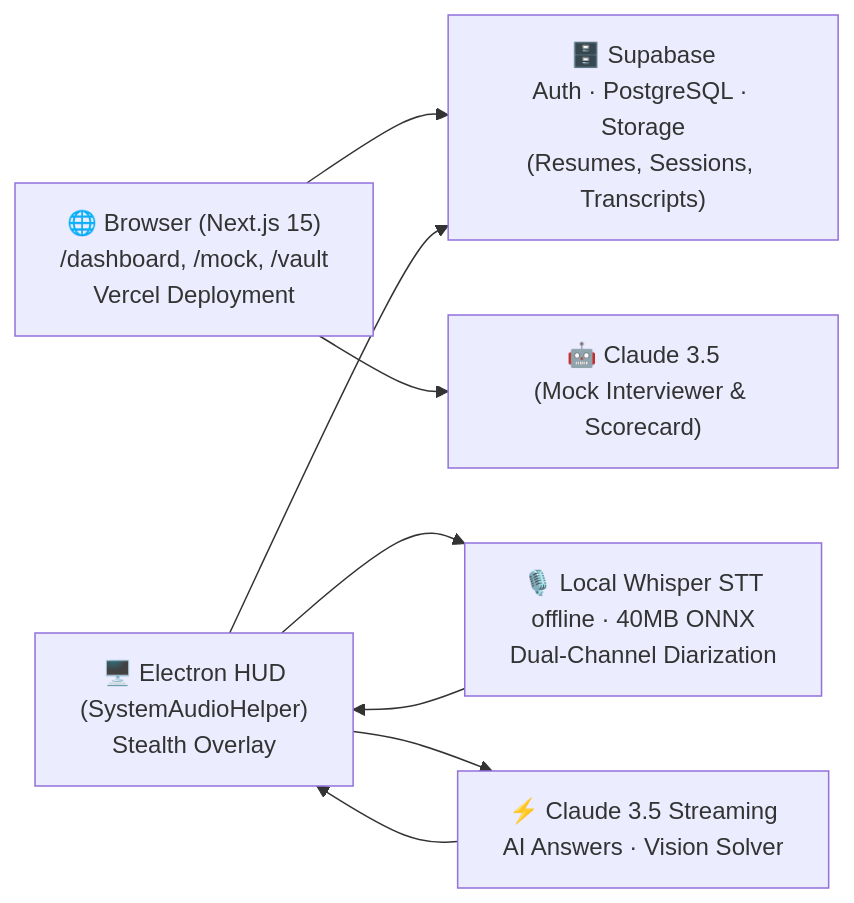
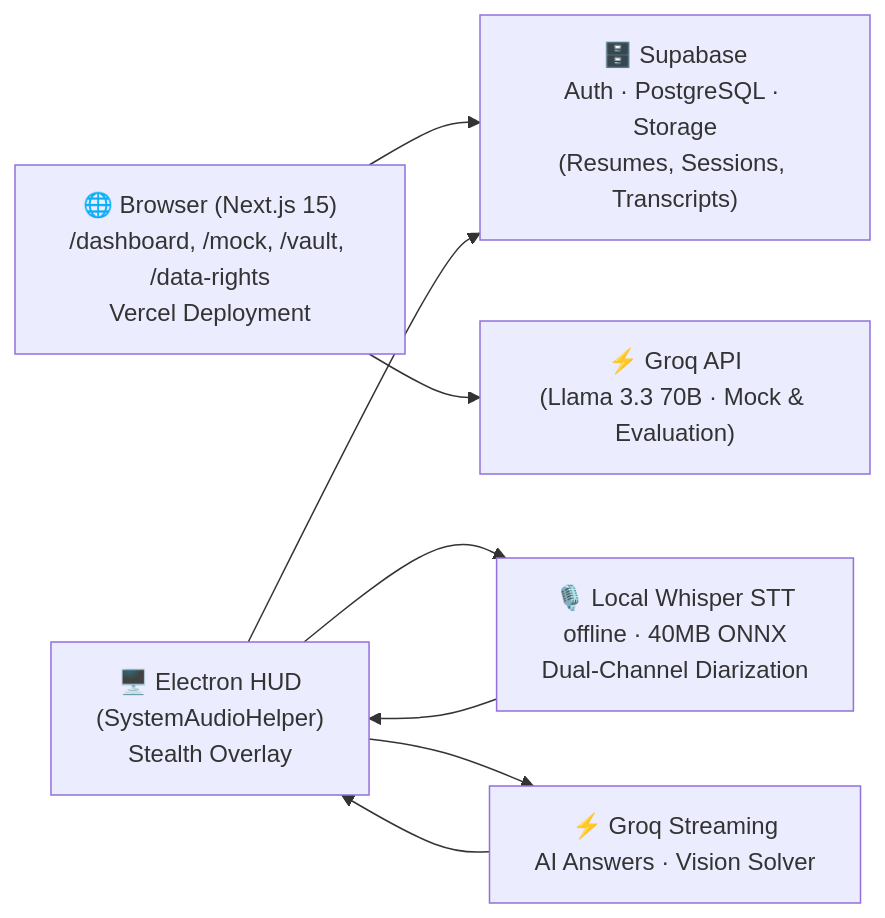
One commit to Saksham842/helper changed the diagram in README.md. Above: the diagram before and after it, drawn with Mermaid. The commit also changed other lines of this file and 25 other files, not shown here.

````diff
--- a/README.md
+++ b/README.md
@@ -15,12 +17,12 @@
 ```mermaid
 graph LR
-  Browser["🌐 Browser (Next.js 15)\n/dashboard, /mock, /vault\nVercel Deployment"] --> Supabase["🗄️ Supabase\nAuth · PostgreSQL · Storage\n(Resumes, Sessions, Transcripts)"]
-  Browser --> ClaudeWeb["🤖 Claude 3.5\n(Mock Interviewer & Scorecard)"]
+  Browser["🌐 Browser (Next.js 15)\n/dashboard, /mock, /vault, /data-rights\nVercel Deployment"] --> Supabase["🗄️ Supabase\nAuth · PostgreSQL · Storage\n(Resumes, Sessions, Transcripts)"]
+  Browser --> GroqWeb["⚡ Groq API\n(Llama 3.3 70B · Mock & Evaluation)"]
 
   Desktop["🖥️ Electron HUD\n(SystemAudioHelper)\nStealth Overlay"] --> LocalWhisper["🎙️ Local Whisper STT\noffline · 40MB ONNX\nDual-Channel Diarization"]
-  Desktop --> ClaudeHUD["⚡ Claude 3.5 Streaming\nAI Answers · Vision Solver"]
+  Desktop --> GroqHUD["⚡ Groq Streaming\nAI Answers · Vision Solver"]
   Desktop --> Supabase
 
   LocalWhisper --> Desktop
-  ClaudeHUD --> Desktop
+  GroqHUD --> Desktop
 ```
````
